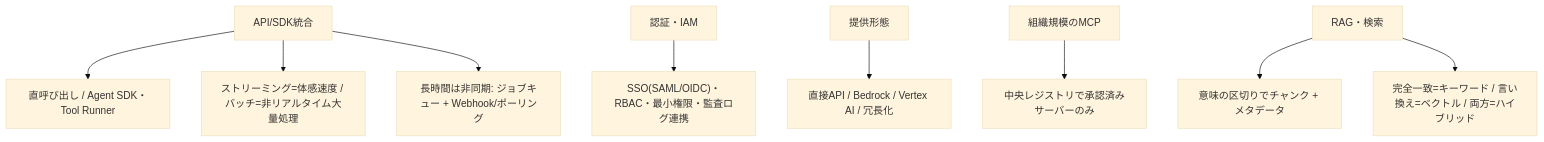
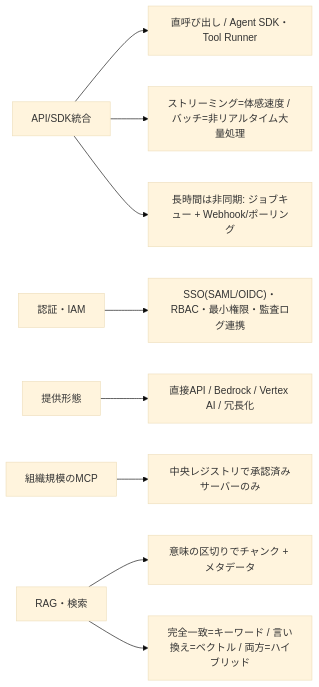
Before and after one commit to shingo0321/study: the second of 8 diagrams in claude/architect-professional/overview.md, drawn with Mermaid (base theme). The commit also changed 5 other files, not shown here.

First line of the commit message:
Mermaid俯瞰図が小さく読みにくい問題を修正

````diff
--- a/claude/architect-professional/overview.md
+++ b/claude/architect-professional/overview.md
@@ -43,11 +43,11 @@
 ```mermaid
-flowchart TD
+flowchart LR
   API["API/SDK統合"] --> A1["直呼び出し / Agent SDK・Tool Runner"]
   API --> A2["ストリーミング=体感速度 / バッチ=非リアルタイム大量処理"]
   API --> A3["長時間は非同期: ジョブキュー + Webhook/ポーリング"]
   AUTH["認証・IAM"] --> B1["SSO(SAML/OIDC)・RBAC・最小権限・監査ログ連携"]
   CLOUD["提供形態"] --> C1["直接API / Bedrock / Vertex AI / 冗長化"]
   MCP["組織規模のMCP"] --> D1["中央レジストリで承認済みサーバーのみ"]
   RAG["RAG・検索"] --> E1["意味の区切りでチャンク + メタデータ"]
   RAG --> E2["完全一致=キーワード / 言い換え=ベクトル / 両方=ハイブリッド"]
 ```
````
